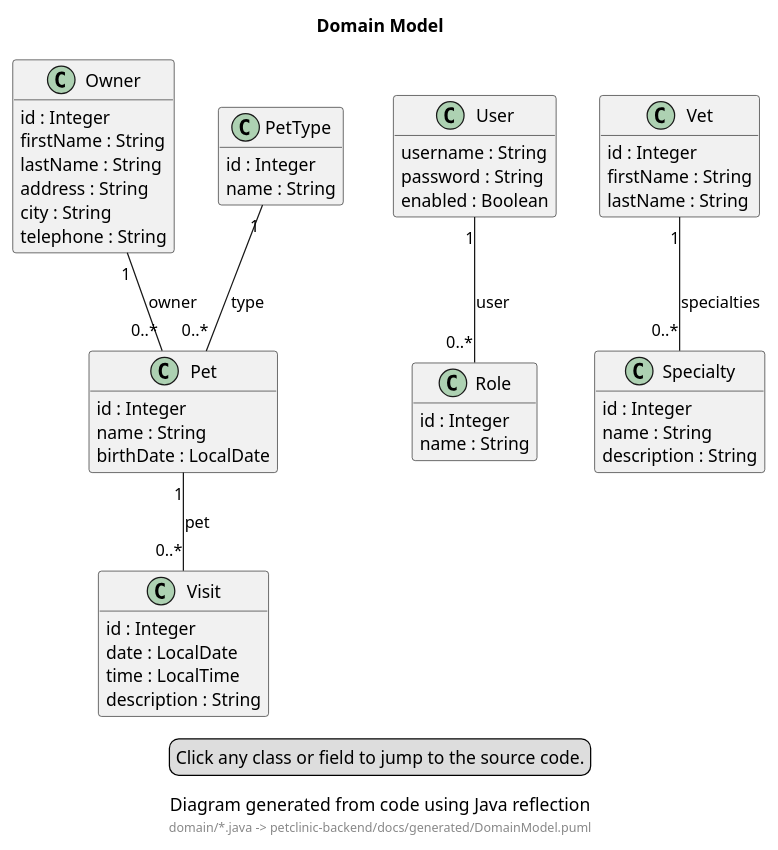
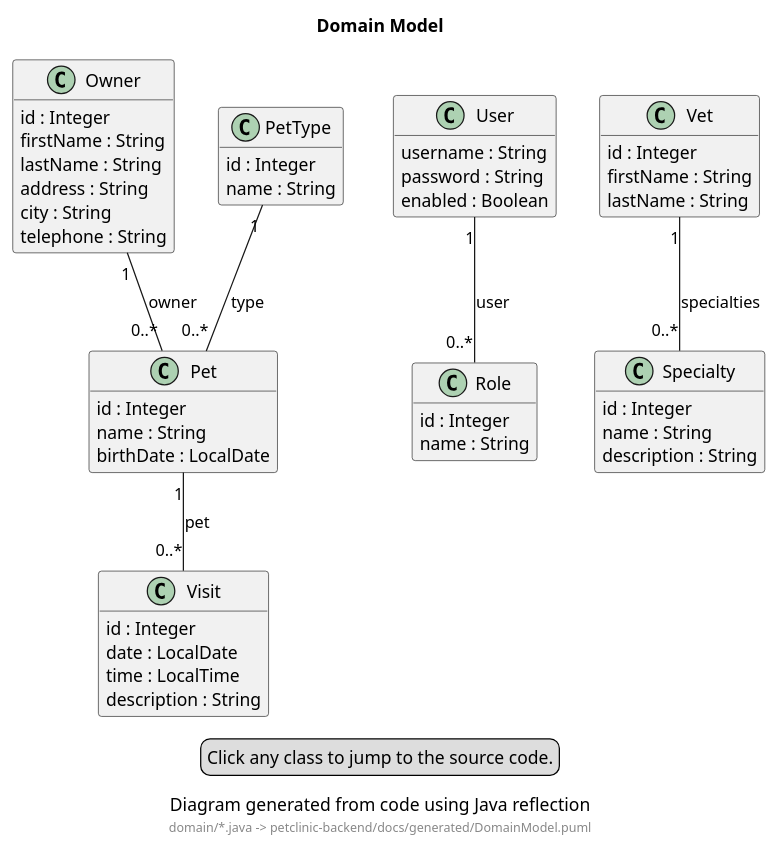
One commit to victorrentea/petclinic changed the diagram in petclinic-backend/docs/generated/DomainModel.puml. Above: the diagram before and after it, drawn with PlantUML. The commit also changed 107 other files, not shown here.

```diff
--- a/petclinic-backend/docs/generated/DomainModel.puml
+++ b/petclinic-backend/docs/generated/DomainModel.puml
@@ -1,64 +1,64 @@
 @startuml
 
 title Domain Model
 caption Diagram generated from code using Java reflection
 footer domain/*.java -> petclinic-backend/docs/generated/DomainModel.puml
 
 hide empty members
 skinparam classAttributeIconSize 0
 skinparam hyperlinkUnderline false
 skinparam hyperlinkColor #000000
 legend bottom
-  Click any class or field to jump to the source code.
+  Click any class to jump to the source code.
 end legend
 
-class Owner [[src://petclinic-backend/src/main/java/victor/training/petclinic/domain/Owner.java:28{Click to open in editor}]] {
-  [[src://petclinic-backend/src/main/java/victor/training/petclinic/domain/Owner.java:31{Click to open in editor} id : Integer]]
-  [[src://petclinic-backend/src/main/java/victor/training/petclinic/domain/Owner.java:34{Click to open in editor} firstName : String]]
-  [[src://petclinic-backend/src/main/java/victor/training/petclinic/domain/Owner.java:37{Click to open in editor} lastName : String]]
-  [[src://petclinic-backend/src/main/java/victor/training/petclinic/domain/Owner.java:40{Click to open in editor} address : String]]
-  [[src://petclinic-backend/src/main/java/victor/training/petclinic/domain/Owner.java:43{Click to open in editor} city : String]]
-  [[src://petclinic-backend/src/main/java/victor/training/petclinic/domain/Owner.java:53{Click to open in editor} telephone : String]]
+class Owner [[src://petclinic-backend/src/main/java/victor/training/petclinic/domain/Owner.java:32{Click to open in editor}]] {
+  id : Integer
+  firstName : String
+  lastName : String
+  address : String
+  city : String
+  telephone : String
 }
-class Pet [[src://petclinic-backend/src/main/java/victor/training/petclinic/domain/Pet.java:29{Click to open in editor}]] {
-  [[src://petclinic-backend/src/main/java/victor/training/petclinic/domain/Pet.java:32{Click to open in editor} id : Integer]]
-  [[src://petclinic-backend/src/main/java/victor/training/petclinic/domain/Pet.java:28{Click to open in editor} name : String]]
-  [[src://petclinic-backend/src/main/java/victor/training/petclinic/domain/Pet.java:39{Click to open in editor} birthDate : LocalDate]]
+class Pet [[src://petclinic-backend/src/main/java/victor/training/petclinic/domain/Pet.java:33{Click to open in editor}]] {
+  id : Integer
+  name : String
+  birthDate : LocalDate
 }
-class PetType [[src://petclinic-backend/src/main/java/victor/training/petclinic/domain/PetType.java:8{Click to open in editor}]] {
-  [[src://petclinic-backend/src/main/java/victor/training/petclinic/domain/PetType.java:11{Click to open in editor} id : Integer]]
-  [[src://petclinic-backend/src/main/java/victor/training/petclinic/domain/PetType.java:7{Click to open in editor} name : String]]
+class PetType [[src://petclinic-backend/src/main/java/victor/training/petclinic/domain/PetType.java:12{Click to open in editor}]] {
+  id : Integer
+  name : String
 }
-class Role [[src://petclinic-backend/src/main/java/victor/training/petclinic/domain/Role.java:8{Click to open in editor}]] {
-  [[src://petclinic-backend/src/main/java/victor/training/petclinic/domain/Role.java:12{Click to open in editor} id : Integer]]
-  [[src://petclinic-backend/src/main/java/victor/training/petclinic/domain/Role.java:7{Click to open in editor} name : String]]
+class Role [[src://petclinic-backend/src/main/java/victor/training/petclinic/domain/Role.java:12{Click to open in editor}]] {
+  id : Integer
+  name : String
 }
-class Specialty [[src://petclinic-backend/src/main/java/victor/training/petclinic/domain/Specialty.java:7{Click to open in editor}]] {
-  [[src://petclinic-backend/src/main/java/victor/training/petclinic/domain/Specialty.java:11{Click to open in editor} id : Integer]]
-  [[src://petclinic-backend/src/main/java/victor/training/petclinic/domain/Specialty.java:6{Click to open in editor} name : String]]
-  [[src://petclinic-backend/src/main/java/victor/training/petclinic/domain/Specialty.java:16{Click to open in editor} description : String]]
+class Specialty [[src://petclinic-backend/src/main/java/victor/training/petclinic/domain/Specialty.java:11{Click to open in editor}]] {
+  id : Integer
+  name : String
+  description : String
 }
-class User [[src://petclinic-backend/src/main/java/victor/training/petclinic/domain/User.java:11{Click to open in editor}]] {
-  [[src://petclinic-backend/src/main/java/victor/training/petclinic/domain/User.java:14{Click to open in editor} username : String]]
-  [[src://petclinic-backend/src/main/java/victor/training/petclinic/domain/User.java:16{Click to open in editor} password : String]]
-  [[src://petclinic-backend/src/main/java/victor/training/petclinic/domain/User.java:18{Click to open in editor} enabled : Boolean]]
+class User [[src://petclinic-backend/src/main/java/victor/training/petclinic/domain/User.java:15{Click to open in editor}]] {
+  username : String
+  password : String
+  enabled : Boolean
 }
-class Vet [[src://petclinic-backend/src/main/java/victor/training/petclinic/domain/Vet.java:11{Click to open in editor}]] {
-  [[src://petclinic-backend/src/main/java/victor/training/petclinic/domain/Vet.java:15{Click to open in editor} id : Integer]]
-  [[src://petclinic-backend/src/main/java/victor/training/petclinic/domain/Vet.java:18{Click to open in editor} firstName : String]]
-  [[src://petclinic-backend/src/main/java/victor/training/petclinic/domain/Vet.java:21{Click to open in editor} lastName : String]]
+class Vet [[src://petclinic-backend/src/main/java/victor/training/petclinic/domain/Vet.java:15{Click to open in editor}]] {
+  id : Integer
+  firstName : String
+  lastName : String
 }
 class Visit [[src://petclinic-backend/src/main/java/victor/training/petclinic/domain/Visit.java:11{Click to open in editor}]] {
-  [[src://petclinic-backend/src/main/java/victor/training/petclinic/domain/Visit.java:14{Click to open in editor} id : Integer]]
-  [[src://petclinic-backend/src/main/java/victor/training/petclinic/domain/Visit.java:17{Click to open in editor} date : LocalDate]]
-  [[src://petclinic-backend/src/main/java/victor/training/petclinic/domain/Visit.java:21{Click to open in editor} time : LocalTime]]
-  [[src://petclinic-backend/src/main/java/victor/training/petclinic/domain/Visit.java:24{Click to open in editor} description : String]]
+  id : Integer
+  date : LocalDate
+  time : LocalTime
+  description : String
 }
 
 Owner "1" -- "0..*" Pet : owner
 Pet "1" -- "0..*" Visit : pet
 PetType "1" -- "0..*" Pet : type
 User "1" -- "0..*" Role : user
 Vet "1" -- "0..*" Specialty : specialties
 
 @enduml
```
